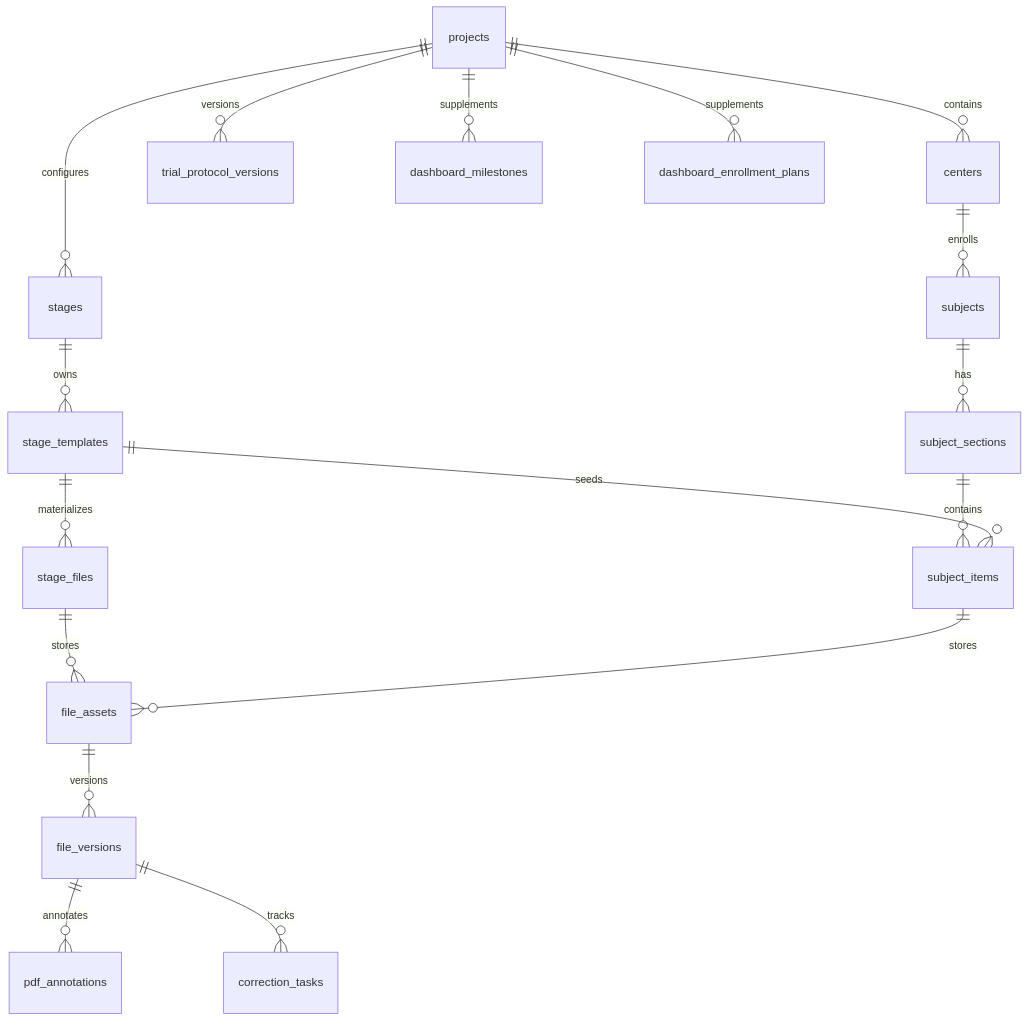
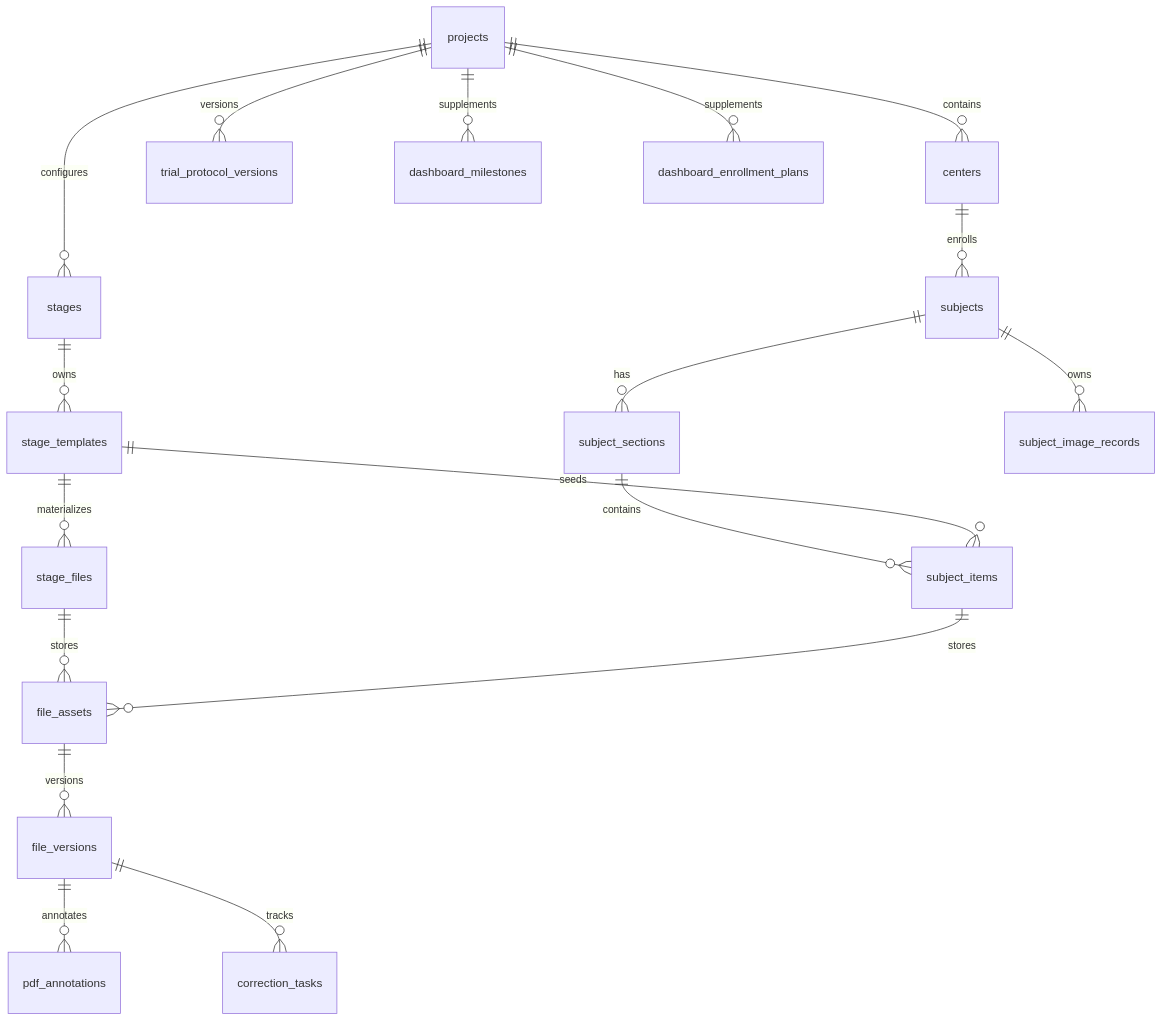
The diagram in docs/database_field_design.md (cafelemon/clinical-data-system), drawn with Mermaid before and after one commit. The commit also changed other lines of this file and 22 other files, not shown here.

````diff
--- a/docs/database_field_design.md
+++ b/docs/database_field_design.md
@@ -9,19 +9,20 @@
 ```mermaid
 erDiagram
   projects ||--o{ centers : contains
   projects ||--o{ trial_protocol_versions : versions
   projects ||--o{ stages : configures
   stages ||--o{ stage_templates : owns
   centers ||--o{ subjects : enrolls
   subjects ||--o{ subject_sections : has
   subject_sections ||--o{ subject_items : contains
+  subjects ||--o{ subject_image_records : owns
   stage_templates ||--o{ stage_files : materializes
   stage_templates ||--o{ subject_items : seeds
   stage_files ||--o{ file_assets : stores
   subject_items ||--o{ file_assets : stores
   file_assets ||--o{ file_versions : versions
   file_versions ||--o{ pdf_annotations : annotates
   file_versions ||--o{ correction_tasks : tracks
   projects ||--o{ dashboard_milestones : supplements
   projects ||--o{ dashboard_enrollment_plans : supplements
 ```
````
